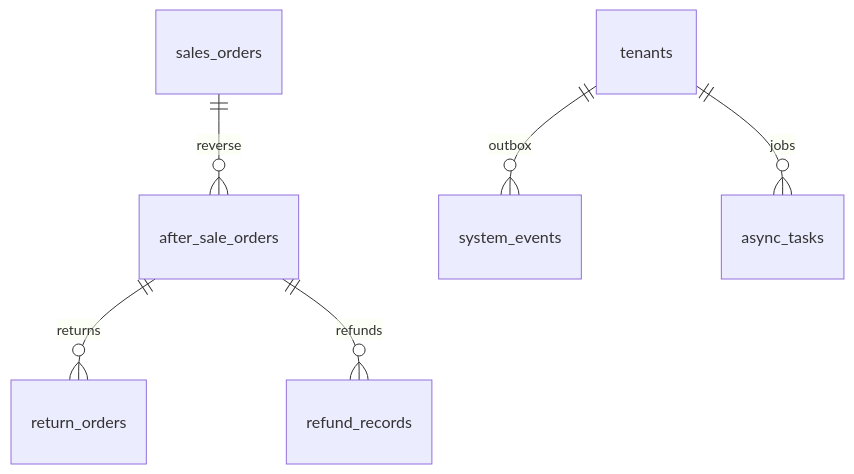
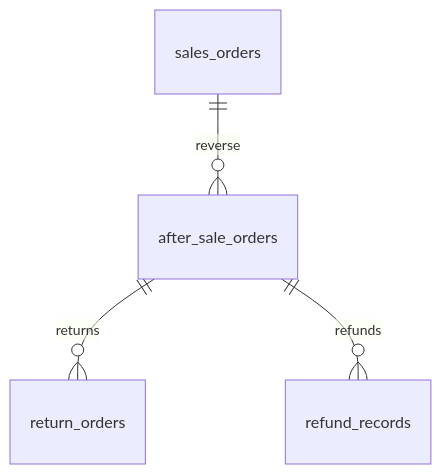
One commit to huochaigg/neorvion-erp changed the fifth of 6 diagrams in docs/er.md. Above: the diagram before and after it, drawn with Mermaid. The commit also changed other lines of this file and 103 other files, not shown here.

````diff
--- a/docs/er.md
+++ b/docs/er.md
@@ -41,8 +57,6 @@
 ```mermaid
 erDiagram
   sales_orders ||--o{ after_sale_orders : reverse
   after_sale_orders ||--o{ return_orders : returns
   after_sale_orders ||--o{ refund_records : refunds
-  tenants ||--o{ system_events : outbox
-  tenants ||--o{ async_tasks : jobs
 ```
````
